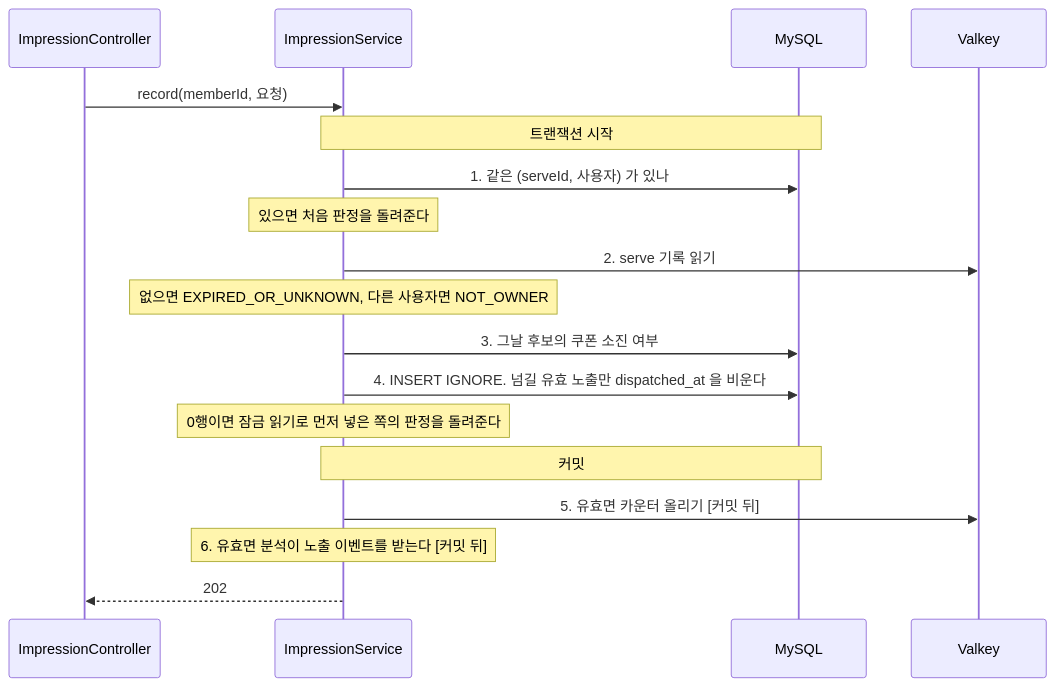
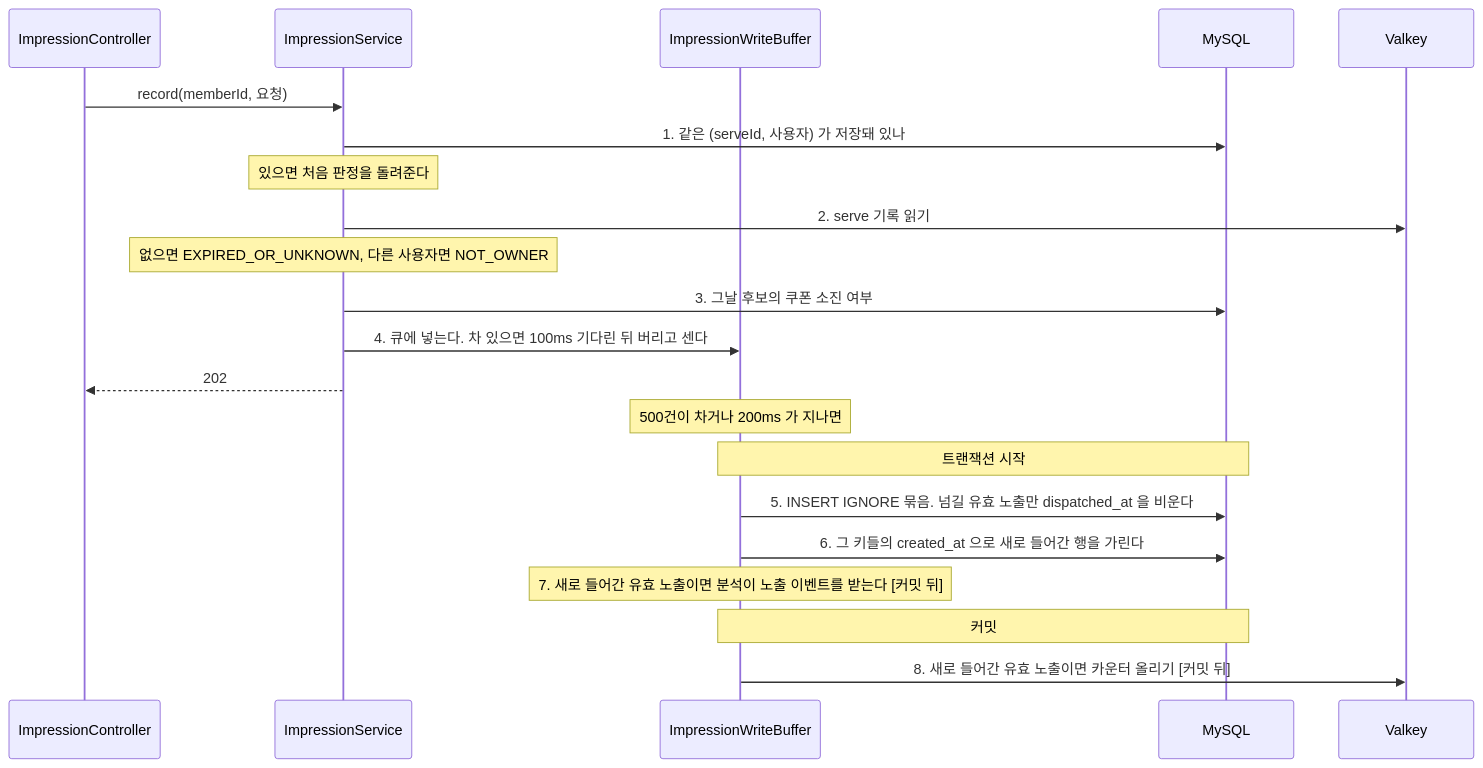
Before and after one commit to lunch-catch/lc-backend: the third of 6 diagrams in docs/design/adserving/adserving_구조와_동작_설계.md, drawn with Mermaid. The commit also changed other lines of this file and 11 other files, not shown here.

````diff
--- a/docs/design/adserving/adserving_구조와_동작_설계.md
+++ b/docs/design/adserving/adserving_구조와_동작_설계.md
@@ -479,20 +483,23 @@
 ```mermaid
 sequenceDiagram
     participant C as ImpressionController
     participant S as ImpressionService
+    participant Q as ImpressionWriteBuffer
     participant DB as MySQL
     participant V as Valkey
     C->>S: record(memberId, 요청)
-    Note over S,DB: 트랜잭션 시작
-    S->>DB: 1. 같은 (serveId, 사용자) 가 있나
+    S->>DB: 1. 같은 (serveId, 사용자) 가 저장돼 있나
     Note over S: 있으면 처음 판정을 돌려준다
     S->>V: 2. serve 기록 읽기
     Note over S: 없으면 EXPIRED_OR_UNKNOWN, 다른 사용자면 NOT_OWNER
     S->>DB: 3. 그날 후보의 쿠폰 소진 여부
-    S->>DB: 4. INSERT IGNORE. 넘길 유효 노출만 dispatched_at 을 비운다
-    Note over S: 0행이면 잠금 읽기로 먼저 넣은 쪽의 판정을 돌려준다
-    Note over S,DB: 커밋
-    S->>V: 5. 유효면 카운터 올리기 [커밋 뒤]
-    Note over S: 6. 유효면 분석이 노출 이벤트를 받는다 [커밋 뒤]
+    S->>Q: 4. 큐에 넣는다. 차 있으면 100ms 기다린 뒤 버리고 센다
     S-->>C: 202
+    Note over Q: 500건이 차거나 200ms 가 지나면
+    Note over Q,DB: 트랜잭션 시작
+    Q->>DB: 5. INSERT IGNORE 묶음. 넘길 유효 노출만 dispatched_at 을 비운다
+    Q->>DB: 6. 그 키들의 created_at 으로 새로 들어간 행을 가린다
+    Note over Q: 7. 새로 들어간 유효 노출이면 분석이 노출 이벤트를 받는다 [커밋 뒤]
+    Note over Q,DB: 커밋
+    Q->>V: 8. 새로 들어간 유효 노출이면 카운터 올리기 [커밋 뒤]
 ```
````
